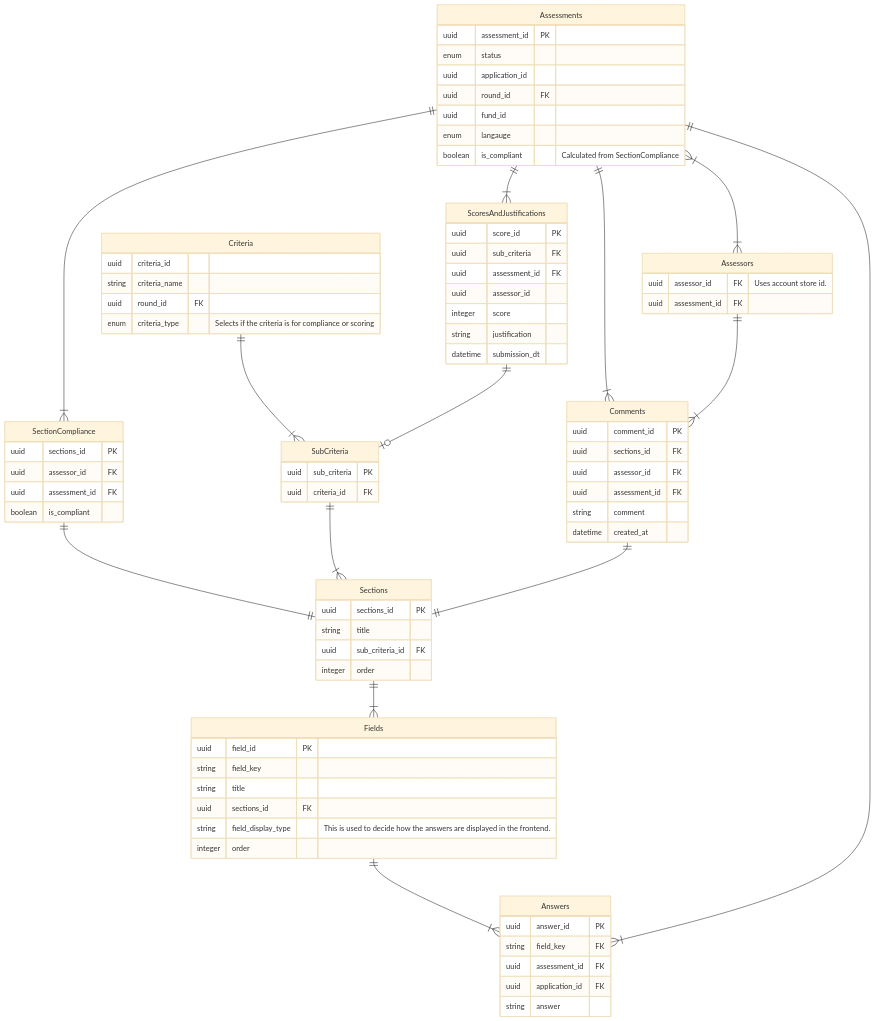
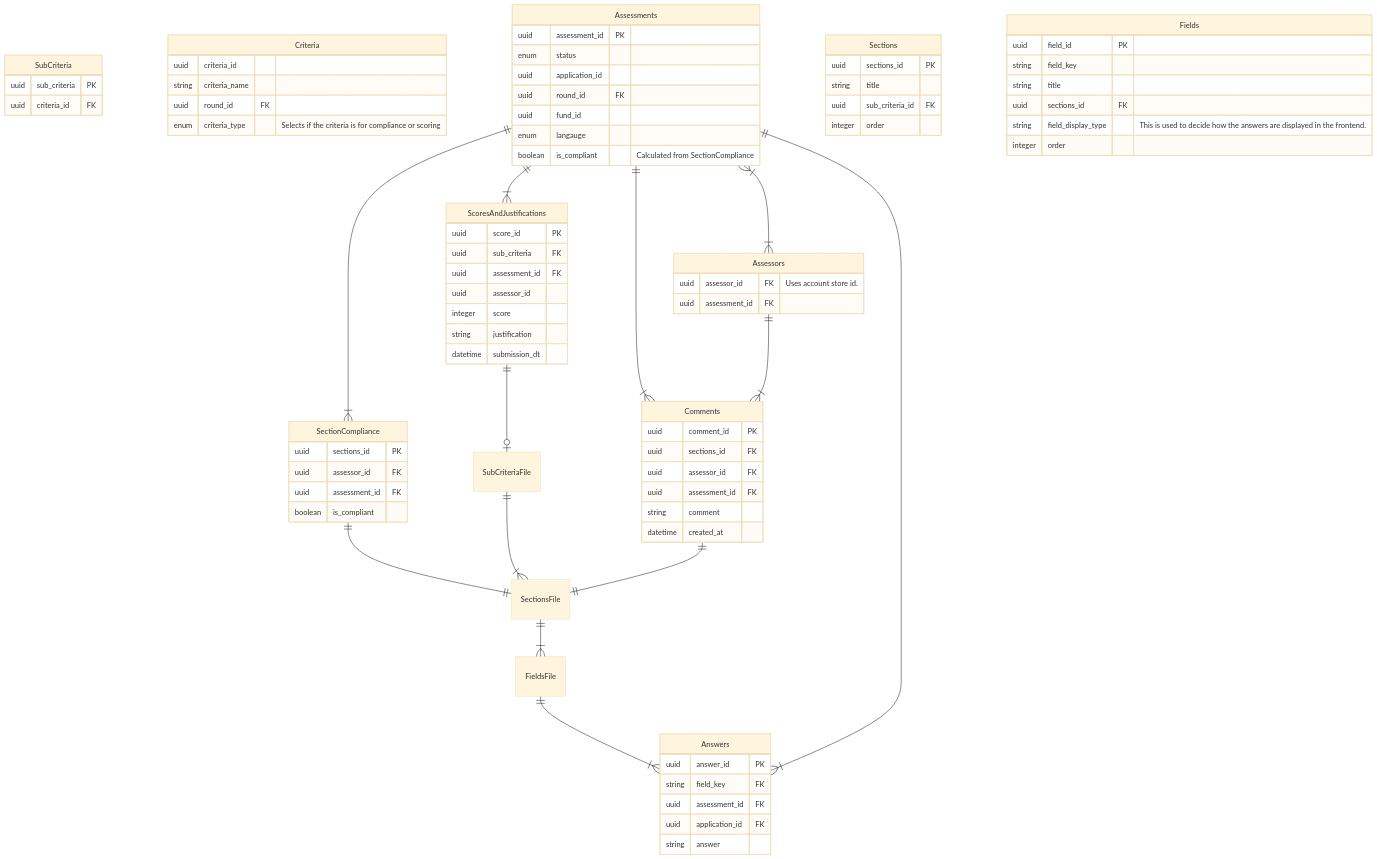
The diagram in diagrams/db_diagram.md (communitiesuk/funding-service-design-assessment-store), drawn with Mermaid (base theme) before and after one commit.

````diff
--- a/diagrams/db_diagram.md
+++ b/diagrams/db_diagram.md
@@ -68,17 +68,16 @@
 		datetime created_at
 	}
 
-	Criteria ||--|{ SubCriteria : ""
-	SectionCompliance ||--|| Sections : ""
-	SubCriteria ||--|{ Sections : ""
-	Sections ||--|{ Fields : ""
-	Fields ||--|{ Answers : ""
+	SectionCompliance ||--|| SectionsFile : ""
+	SubCriteriaFile ||--|{ SectionsFile : ""
+	SectionsFile ||--|{ FieldsFile : ""
+	FieldsFile ||--|{ Answers : ""
 	Assessments ||--|{ ScoresAndJustifications : ""
-	ScoresAndJustifications ||--o| SubCriteria : ""
+	ScoresAndJustifications ||--o| SubCriteriaFile : ""
 	Assessments }|--|{ Assessors : ""
 	Assessments ||--|{ Comments : ""
 	Assessments ||--|{ SectionCompliance : ""
 	Assessments ||--|{ Answers : ""
 	Assessors ||--|{ Comments : ""
-	Comments ||--|| Sections : ""
+	Comments ||--|| SectionsFile : ""
 ```
````
